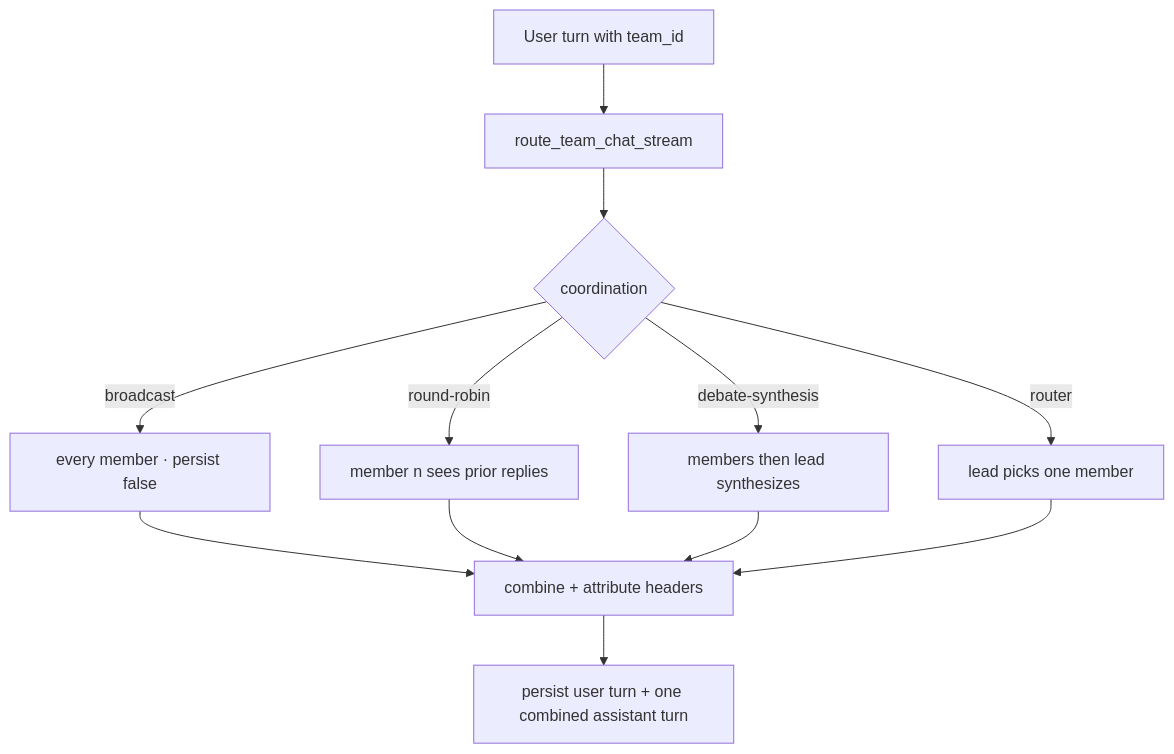
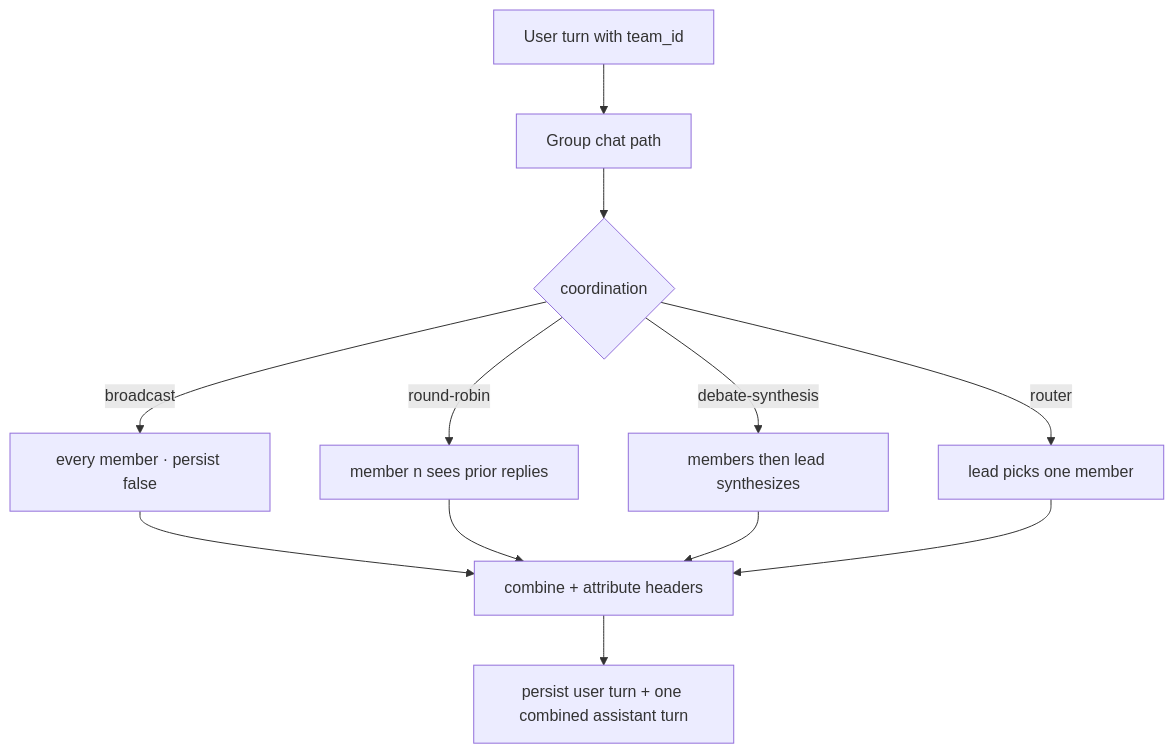
Before and after one commit to amajorai/ryu-docs: the diagram in content/docs/core/agent-teams.mdx, drawn with Mermaid. The commit also changed other lines of this file and 446 other files, not shown here.

````diff
--- a/content/docs/core/agent-teams.mdx
+++ b/content/docs/core/agent-teams.mdx
@@ -63,14 +63,14 @@
 ```mermaid
 flowchart TD
-  U[User turn with team_id] --> R[route_team_chat_stream]
+  U[User turn with team_id] --> R[Group chat path]
   R --> S{coordination}
   S -->|broadcast| M1[every member · persist false]
   S -->|round-robin| M2[member n sees prior replies]
   S -->|debate-synthesis| M3[members then lead synthesizes]
   S -->|router| M4[lead picks one member]
   M1 --> C[combine + attribute headers]
   M2 --> C
   M3 --> C
   M4 --> C
   C --> P[persist user turn + one combined assistant turn]
 ```
````
